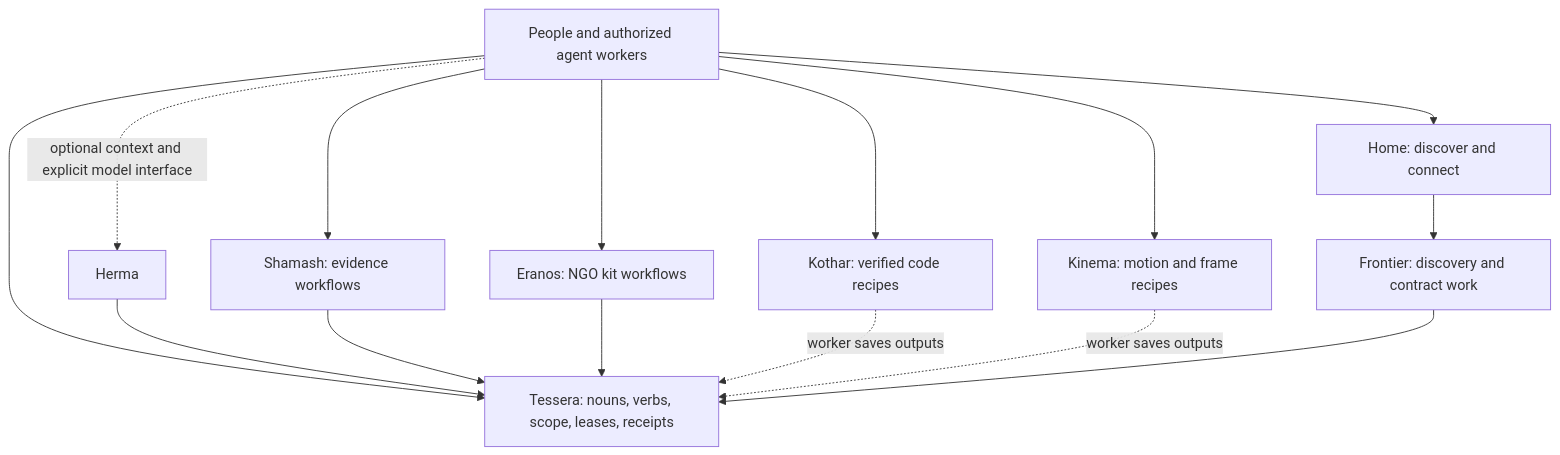
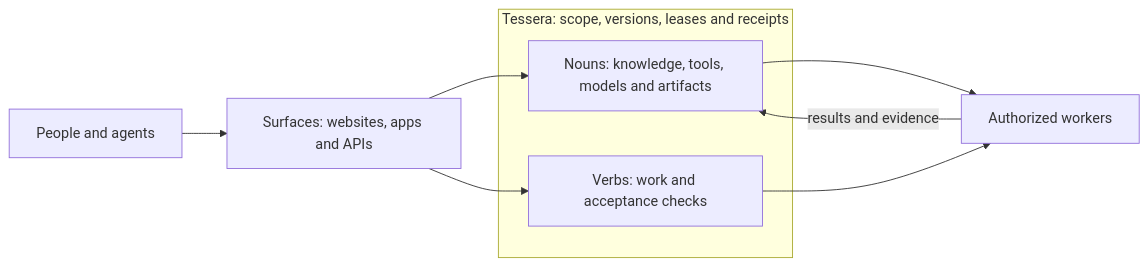
The diagram in README.md (ta-amps/agora-public-overview-architecture-setup-and-contribution), drawn with Mermaid before and after one commit. The commit also changed other lines of this file and 14 other files, not shown here.

Commit message:
Document noun and verb architecture and reconcile release evidence

````diff
--- a/README.md
+++ b/README.md
@@ -33,17 +57,13 @@
 ```mermaid
-flowchart TD
-    A[People and authorized agent workers] --> P[Home: discover and connect]
-    A --> T[Tessera: nouns, verbs, scope, leases, receipts]
-    A -. optional context and explicit model interface .-> H[Herma]
-    H --> T
-    S[Shamash: evidence workflows] --> T
-    E[Eranos: NGO kit workflows] --> T
-    A --> S
-    A --> E
-    A --> K[Kothar: verified code recipes]
-    A --> V[Kinema: motion and frame recipes]
-    K -. worker saves outputs .-> T
-    V -. worker saves outputs .-> T
-    F[Frontier: discovery and contract work] --> T
-    P --> F
+flowchart LR
+    A[People and agents] --> P[Surfaces: websites, apps and APIs]
+    subgraph T[Tessera: scope, versions, leases and receipts]
+      N[Nouns: knowledge, tools, models and artifacts]
+      V[Verbs: work and acceptance checks]
+    end
+    P --> N
+    P --> V
+    N --> W[Authorized workers]
+    V --> W
+    W -->|results and evidence| N
 ```
````
